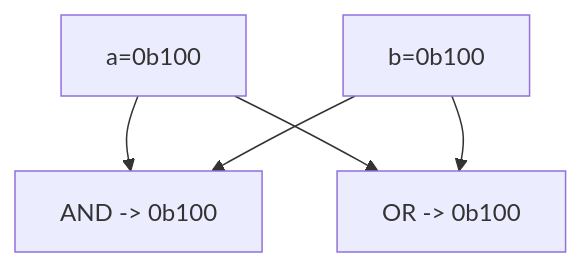
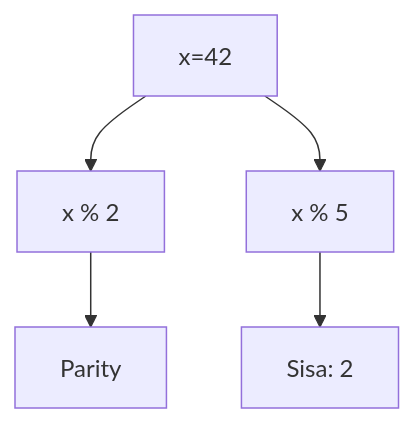
Before and after one commit to amnahwaida/OSNK_INF_PREP: diagram 17 of 25 in part-c-pemahaman-cpp/06-bitwise/latihan/set-04.md, drawn with Mermaid. The commit also changed other lines of this file and 71 other files, not shown here.

````diff
--- a/part-c-pemahaman-cpp/06-bitwise/latihan/set-04.md
+++ b/part-c-pemahaman-cpp/06-bitwise/latihan/set-04.md
@@ -501,7 +503,7 @@
 ```mermaid
 graph TD
-    A["a=0b100"] --> C["AND -> 0b100"]
-    B["b=0b100"] --> C
-    A --> D["OR  -> 0b100"]
-    B --> D
+A[x=42] --> B[x % 2]
+B --> C[Parity]
+A --> D[x % 5]
+D --> E[Sisa: 2]
 ```
````
